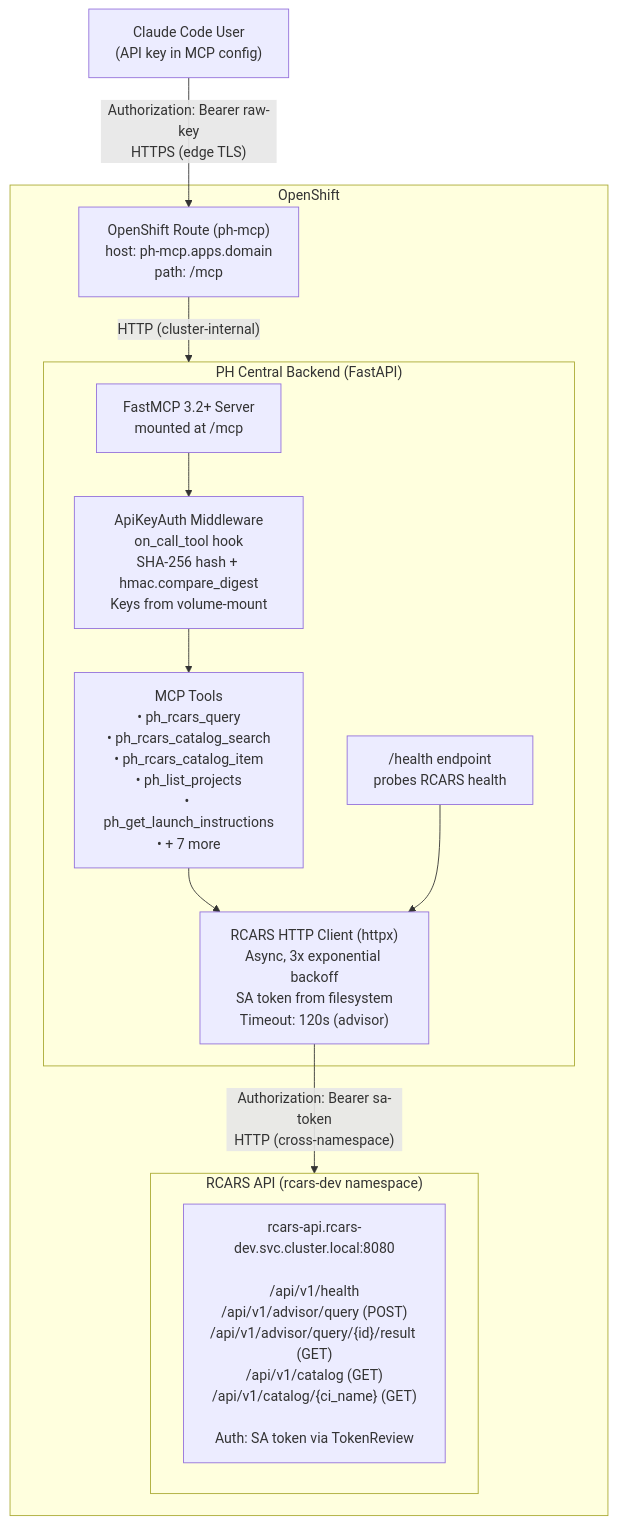
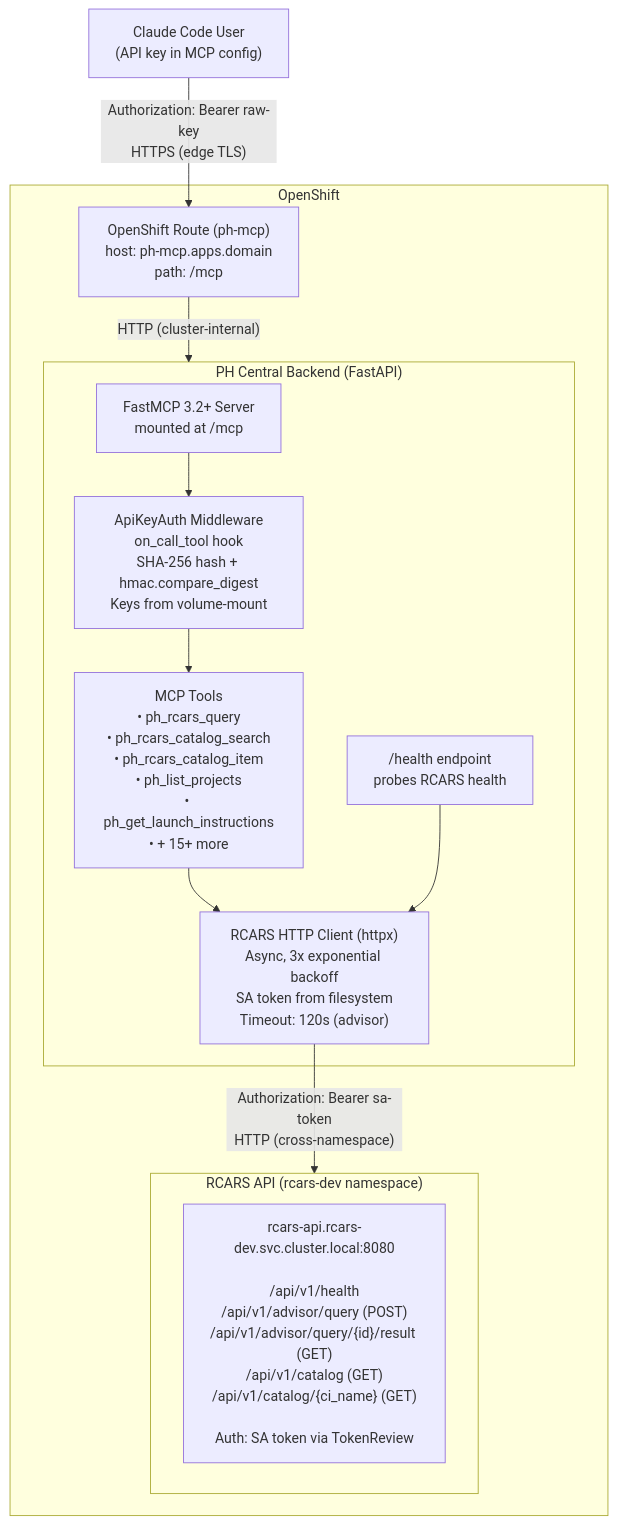
Before and after one commit to treddy08/rhdp-publishing-house: the first of 2 diagrams in docs/architecture/rcars-integration.md, drawn with Mermaid. The commit also changed other lines of this file and 21 other files, not shown here.

````diff
--- a/docs/architecture/rcars-integration.md
+++ b/docs/architecture/rcars-integration.md
@@ -9,27 +9,27 @@
 ```mermaid
 graph TD
     CC["Claude Code User<br/>(API key in MCP config)"]
     CC -->|"Authorization: Bearer raw-key<br/>HTTPS (edge TLS)"| Route
 
     subgraph OpenShift
         Route["OpenShift Route (ph-mcp)<br/>host: ph-mcp.apps.domain<br/>path: /mcp"]
         Route -->|"HTTP (cluster-internal)"| BE
 
         subgraph BE["PH Central Backend (FastAPI)"]
             MCP["FastMCP 3.2+ Server<br/>mounted at /mcp"]
             Auth["ApiKeyAuth Middleware<br/>on_call_tool hook<br/>SHA-256 hash + hmac.compare_digest<br/>Keys from volume-mount"]
-            Tools["MCP Tools<br/>• ph_rcars_query<br/>• ph_rcars_catalog_search<br/>• ph_rcars_catalog_item<br/>• ph_list_projects<br/>• ph_get_launch_instructions<br/>• + 7 more"]
+            Tools["MCP Tools<br/>• ph_rcars_query<br/>• ph_rcars_catalog_search<br/>• ph_rcars_catalog_item<br/>• ph_list_projects<br/>• ph_get_launch_instructions<br/>• + 15+ more"]
             Client["RCARS HTTP Client (httpx)<br/>Async, 3x exponential backoff<br/>SA token from filesystem<br/>Timeout: 120s (advisor)"]
             Health["/health endpoint<br/>probes RCARS health"]
 
             MCP --> Auth --> Tools --> Client
             Health --> Client
         end
 
         Client -->|"Authorization: Bearer sa-token<br/>HTTP (cross-namespace)"| RCARS
 
         subgraph RCARS["RCARS API (rcars-dev namespace)"]
             RAPI["rcars-api.rcars-dev.svc.cluster.local:8080<br/><br/>/api/v1/health<br/>/api/v1/advisor/query (POST)<br/>/api/v1/advisor/query/{id}/result (GET)<br/>/api/v1/catalog (GET)<br/>/api/v1/catalog/{ci_name} (GET)<br/><br/>Auth: SA token via TokenReview"]
         end
     end
 ```
````
